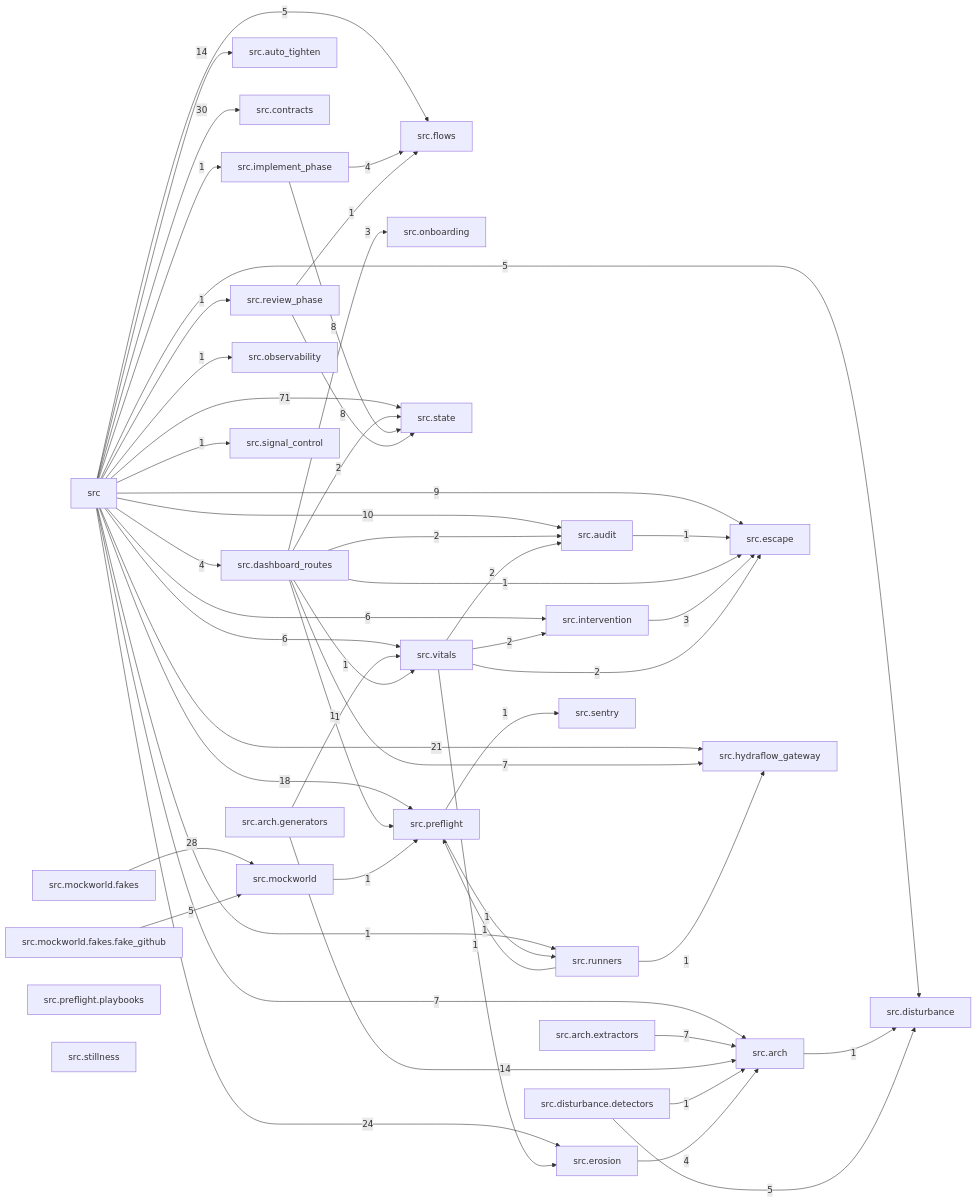
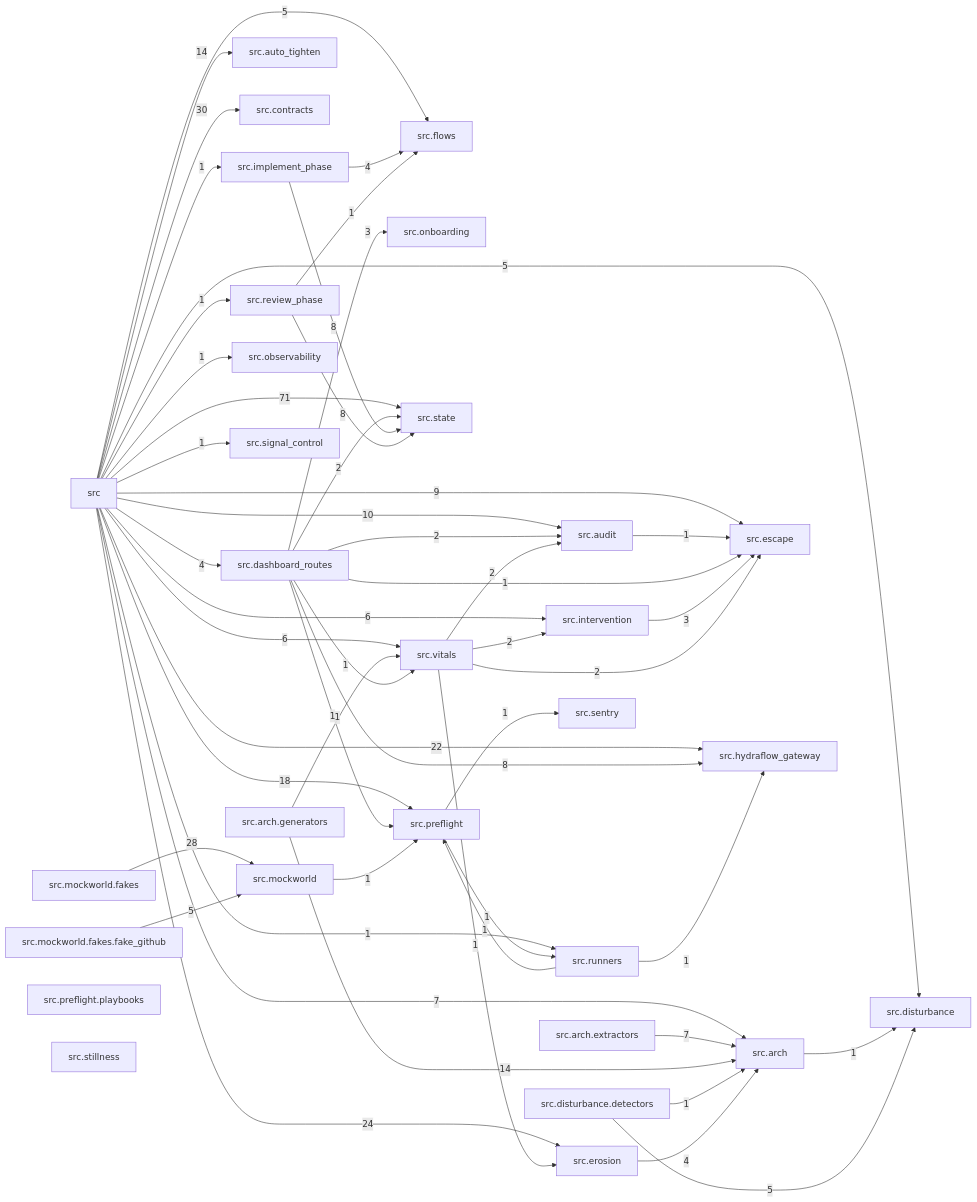
The diagram in docs/arch/generated/modules.md (T-rav/hydraflow), drawn with Mermaid before and after one commit. The commit also changed 15 other files, not shown here.

```diff
--- a/docs/arch/generated/modules.md
+++ b/docs/arch/generated/modules.md
@@ -45,7 +45,7 @@
     src -- "24" --> src_erosion
     src -- "9" --> src_escape
     src -- "5" --> src_flows
-    src -- "21" --> src_hydraflow_gateway
+    src -- "22" --> src_hydraflow_gateway
     src -- "1" --> src_implement_phase
     src -- "6" --> src_intervention
     src -- "1" --> src_observability
@@ -62,7 +62,7 @@
     src_audit -- "1" --> src_escape
     src_dashboard_routes -- "2" --> src_audit
     src_dashboard_routes -- "1" --> src_escape
-    src_dashboard_routes -- "7" --> src_hydraflow_gateway
+    src_dashboard_routes -- "8" --> src_hydraflow_gateway
     src_dashboard_routes -- "3" --> src_onboarding
     src_dashboard_routes -- "1" --> src_preflight
     src_dashboard_routes -- "2" --> src_state
```
